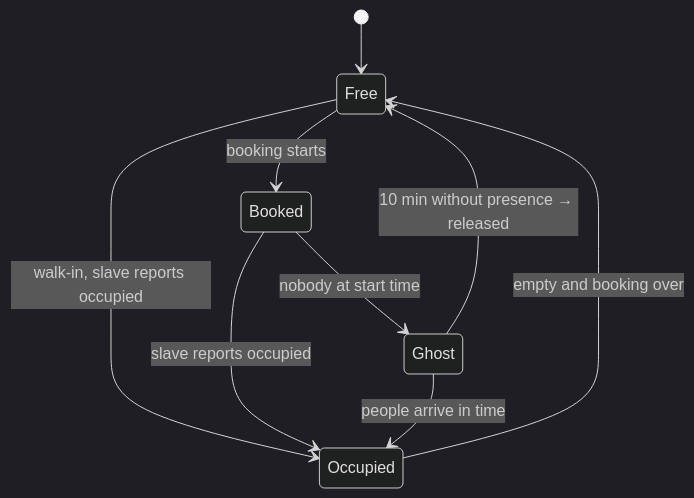
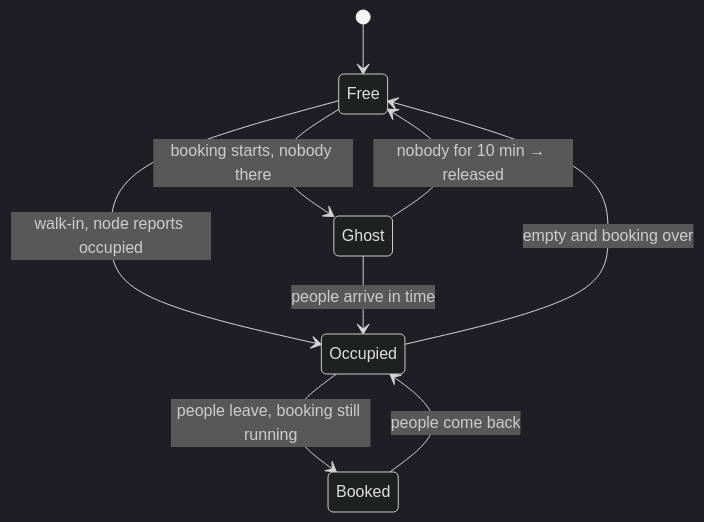
The second of 2 diagrams in README.md (NadaAbbas444/inhabitx), drawn with Mermaid (dark theme) before and after one commit. The commit also changed other lines of this file and 40 other files, not shown here.

First line of the commit message:
Main and nodes, last will, slave-free docs

````diff
--- a/README.md
+++ b/README.md
@@ -169,11 +91,11 @@
 ```mermaid
 stateDiagram-v2
     [*] --> Free
-    Free --> Booked: booking starts
-    Free --> Occupied: walk-in, slave reports occupied
-    Booked --> Occupied: slave reports occupied
-    Booked --> Ghost: nobody at start time
+    Free --> Occupied: walk-in, node reports occupied
+    Free --> Ghost: booking starts, nobody there
     Ghost --> Occupied: people arrive in time
-    Ghost --> Free: 10 min without presence → released
+    Ghost --> Free: nobody for 10 min → released
+    Occupied --> Booked: people leave, booking still running
+    Booked --> Occupied: people come back
     Occupied --> Free: empty and booking over
 ```
````
